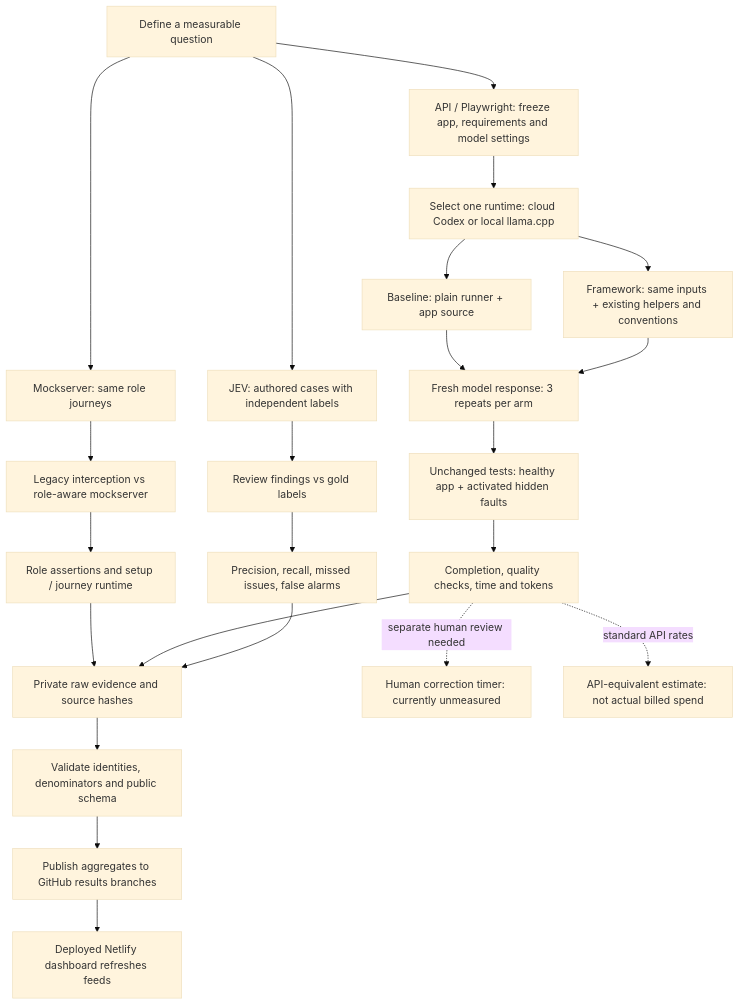
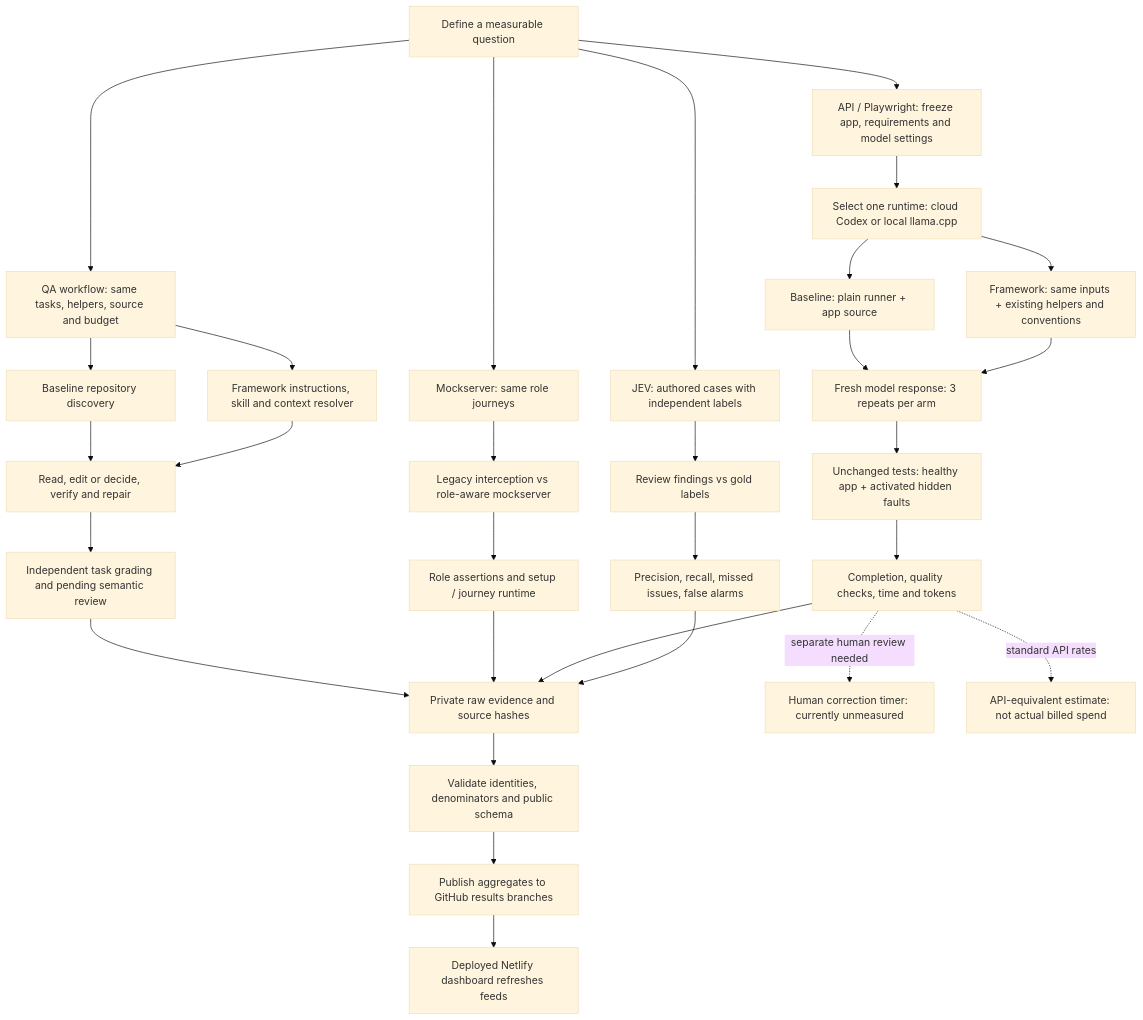
One commit to balajiregt/framework-benchmark-dashboard changed the diagram in public/benchmark-flow.mmd. Above: the diagram before and after it, drawn with Mermaid (base theme). The commit also changed 24 other files, not shown here.

```diff
--- a/public/benchmark-flow.mmd
+++ b/public/benchmark-flow.mmd
@@ -1,23 +1,30 @@
 flowchart TD
     Q[Define a measurable question] --> M[Mockserver: same role journeys]
     Q --> A[API / Playwright: freeze app, requirements and model settings]
+    Q --> W[QA workflow: same tasks, helpers, source and budget]
+    W --> WB[Baseline repository discovery]
+    W --> WC[Framework instructions, skill and context resolver]
+    WB --> WL[Read, edit or decide, verify and repair]
+    WC --> WL
+    WL --> WG[Independent task grading and pending semantic review]
+    WG --> E
     Q --> J[JEV: authored cases with independent labels]
     M --> MB[Legacy interception vs role-aware mockserver]
     MB --> MO[Role assertions and setup / journey runtime]
     A --> L[Select one runtime: cloud Codex or local llama.cpp]
     L --> B[Baseline: plain runner + app source]
     L --> F[Framework: same inputs + existing helpers and conventions]
     B --> G[Fresh model response: 3 repeats per arm]
     F --> G
     G --> O[Unchanged tests: healthy app + activated hidden faults]
     O --> T[Completion, quality checks, time and tokens]
     J --> JO[Review findings vs gold labels]
     JO --> JM[Precision, recall, missed issues, false alarms]
     MO --> E[Private raw evidence and source hashes]
     T --> E
     JM --> E
     E --> V[Validate identities, denominators and public schema]
     V --> P[Publish aggregates to GitHub results branches]
     P --> D[Deployed Netlify dashboard refreshes feeds]
     T -. separate human review needed .-> H[Human correction timer: currently unmeasured]
     T -. standard API rates .-> C[API-equivalent estimate: not actual billed spend]
```
